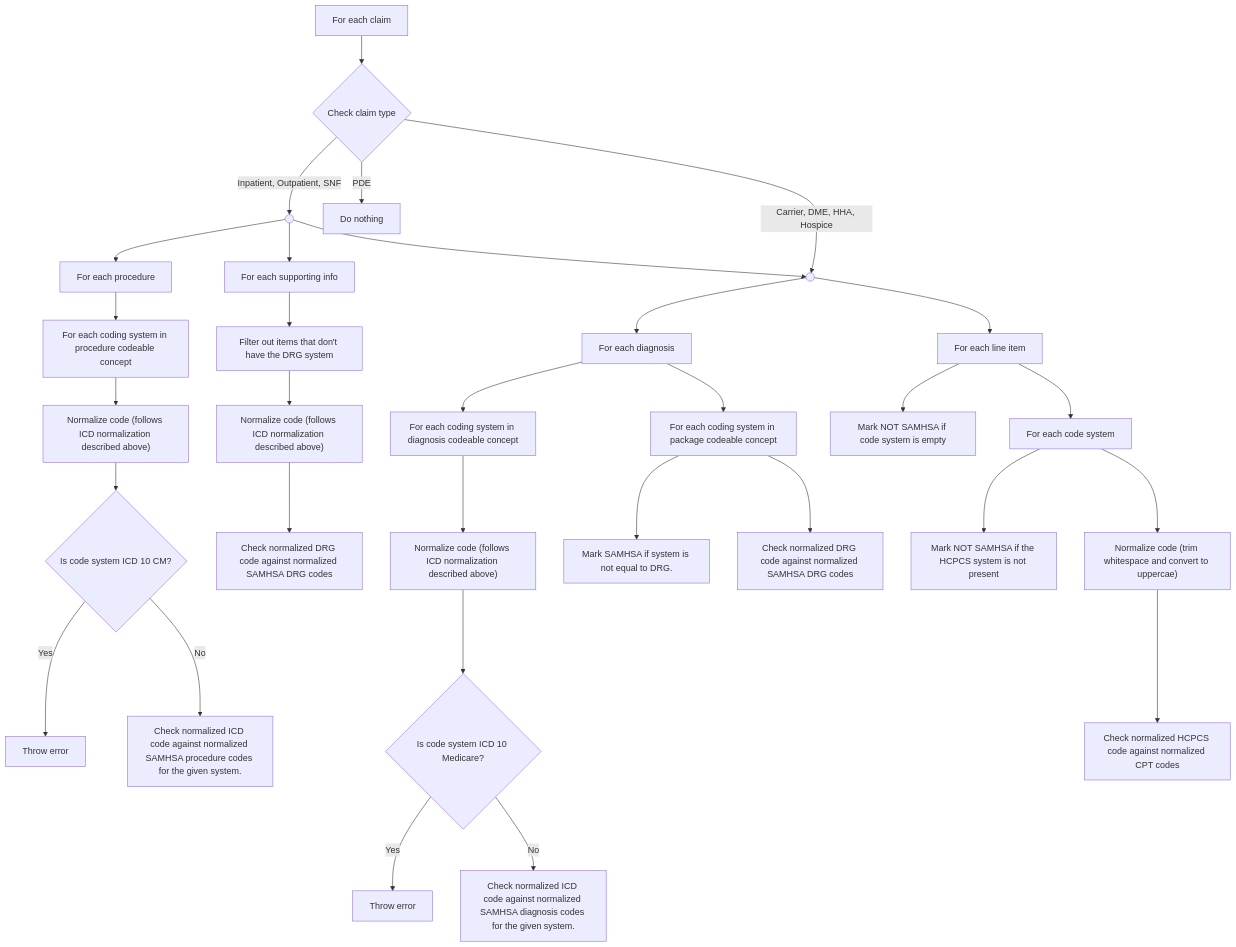
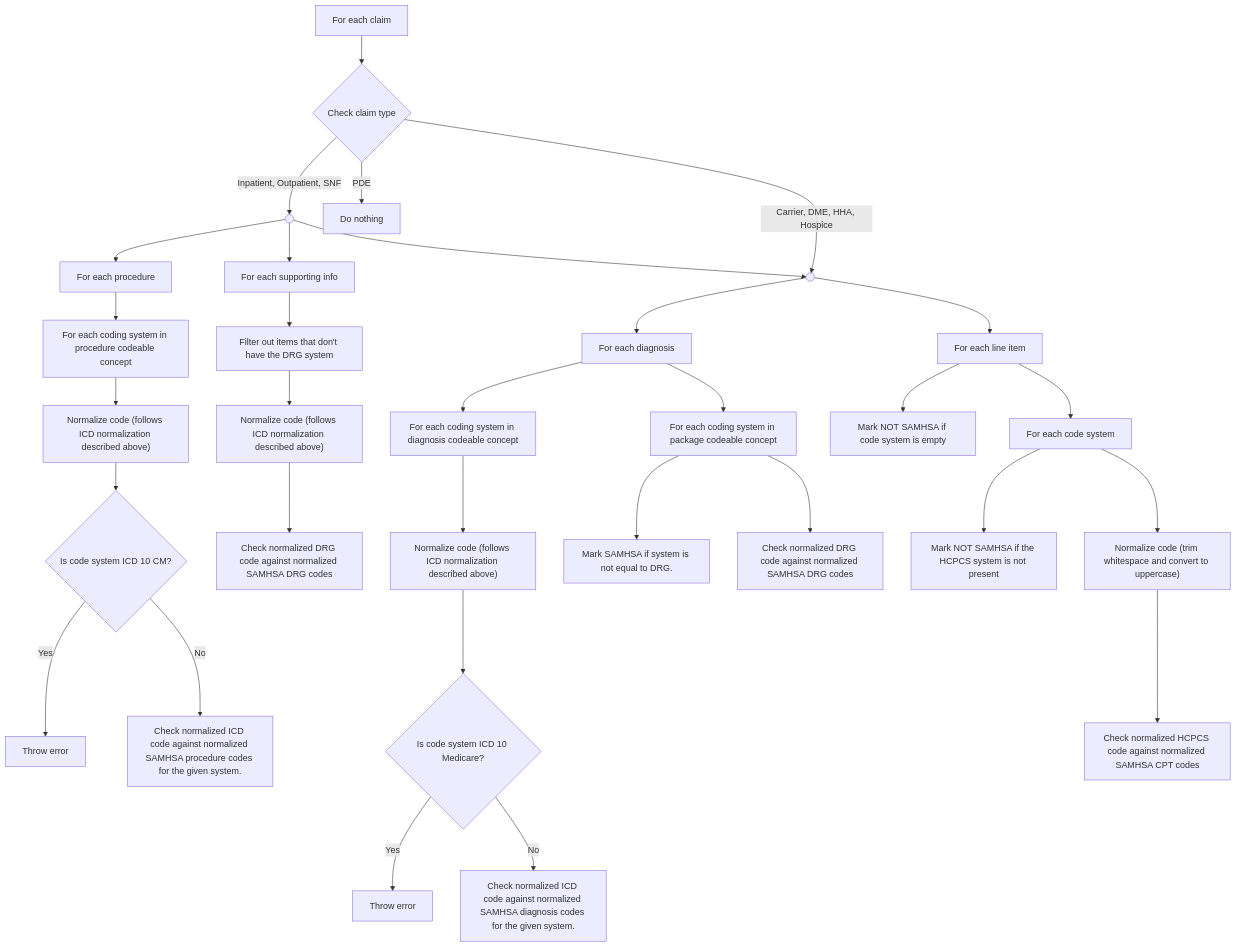
The second of 2 diagrams in samhsa_matcher.md (CMSgov/beneficiary-fhir-data), drawn with Mermaid before and after one commit. The commit also changed other lines of this file, not shown here.

````diff
--- a/samhsa_matcher.md
+++ b/samhsa_matcher.md
@@ -100,68 +100,68 @@
 ```mermaid
 flowchart TD
     id0["For each claim"]
 
     id1{"Check claim type"}
     id2((" "))
     id3["For each procedure"]
     
     id4["For each coding system in procedure codeable concept"]
     id5["Normalize code (follows ICD normalization described above)"]
     id6{"Is code system ICD 10 CM?"}
     id7["Throw error"]
     id8["Check normalized ICD code against normalized SAMHSA procedure codes for the given system."]
 
     id9["For each supporting info"]
     id10["Filter out items that don't have the DRG system"]
     id11["Normalize code (follows ICD normalization described above)"]
     id12["Check normalized DRG code against normalized SAMHSA DRG codes"]
 
     id13((" "))
 
     id14["For each diagnosis"]
     id15["For each coding system in diagnosis codeable concept"]
     id16["Normalize code (follows ICD normalization described above)"]
     id17{"Is code system ICD 10 Medicare?"}
     id18["Throw error"]
     id19["Check normalized ICD code against normalized SAMHSA diagnosis codes for the given system."]
     id20["For each coding system in package codeable concept"]
     id21["Mark SAMHSA if system is not equal to DRG."]
     id22["Check normalized DRG code against normalized SAMHSA DRG codes"]
 
     id23["Do nothing"]
 
     id24["For each line item"]
     id25["Mark NOT SAMHSA if code system is empty"]
     id26["For each code system"]
     id27["Mark NOT SAMHSA if the HCPCS system is not present"]
-    id28["Normalize code (trim whitespace and convert to uppercae)"]
-    id29["Check normalized HCPCS code against normalized CPT codes"]
+    id28["Normalize code (trim whitespace and convert to uppercase)"]
+    id29["Check normalized HCPCS code against normalized SAMHSA CPT codes"]
 
     id0 --> id1
     id1 -->|Inpatient, Outpatient, SNF| id2
     id1 -->|Carrier, DME, HHA, Hospice| id13
     id1 -->|PDE| id23
     id2 --> id3
     id3 --> id4 --> id5 --> id6
     id6 -->|Yes| id7
     id6 -->|No| id8
 
     id2 --> id13
 
     id2 --> id9 --> id10 --> id11 --> id12
 
     id13 --> id14
     id13 --> id24
 
     id14 --> id15 --> id16 --> id17
     id17 -->|Yes| id18
     id17 -->|No| id19
     id14 --> id20
     id20 --> id21
     id20 --> id22
 
     id24 --> id25
     id24 --> id26
     id26 --> id27
     id26 --> id28 --> id29
 ```
````
